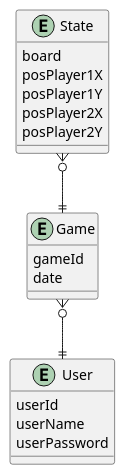
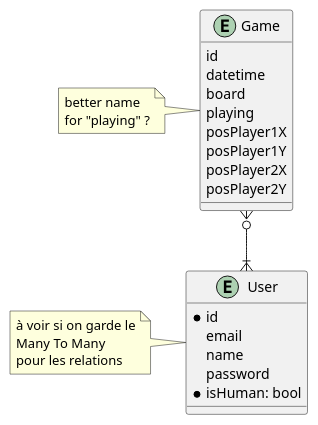
The diagram in schema/DB.puml (vsantele/IG3-projet-ia), drawn with PlantUML before and after one commit.

Commit message:
update schema

```diff
--- a/schema/DB.puml
+++ b/schema/DB.puml
@@ -1,24 +1,35 @@
-@startuml
+@startuml database
+
 
 entity Game{
-    gameId
-    date
-}
-entity User{
-    userId 
-    userName 
-    userPassword 
-}
-entity State{
+    id
+    datetime
     board 
+    playing
     posPlayer1X
     posPlayer1Y
     posPlayer2X
     posPlayer2Y
 }
+note left
+better name 
+for "playing" ?
+endnote
 
-Game }o--|| User
-State }o--|| Game
+entity User{
+    *id 
+    email
+    name 
+    password
+    *isHuman: bool
+}
 
 
+Game }o--|{ User
+note left
+à voir si on garde le
+Many To Many
+pour les relations
+end note
+
 @enduml
```
